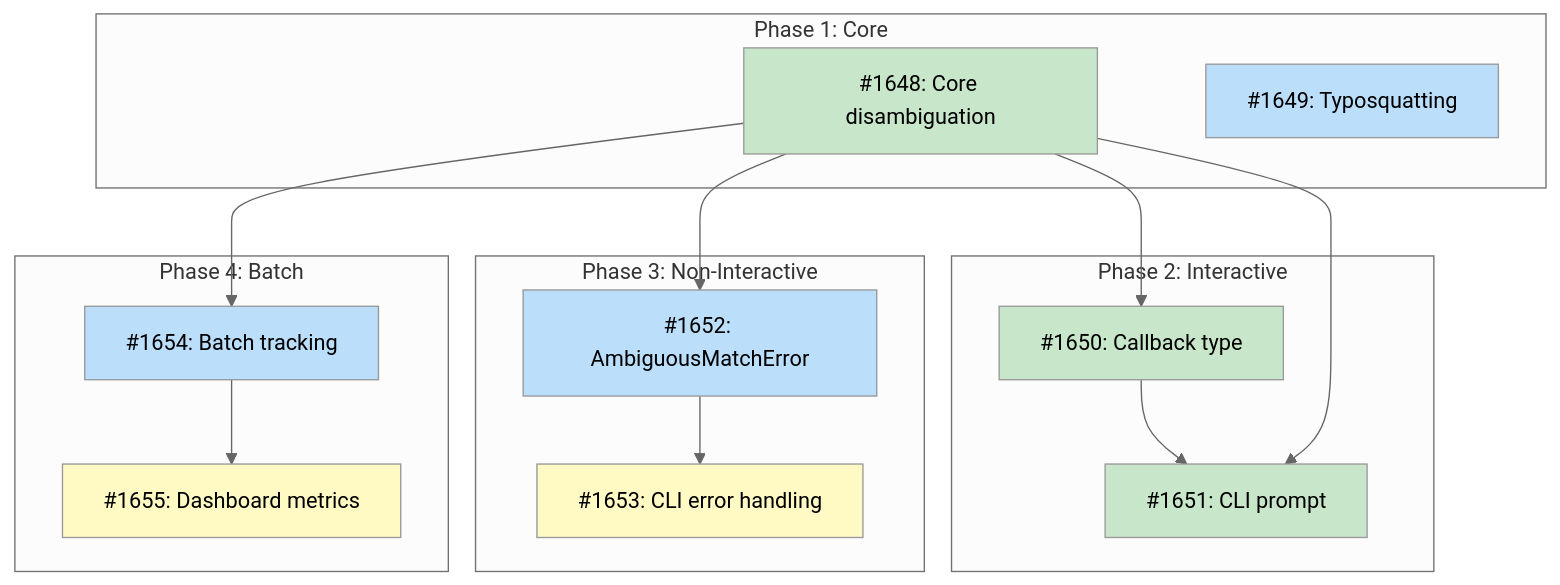
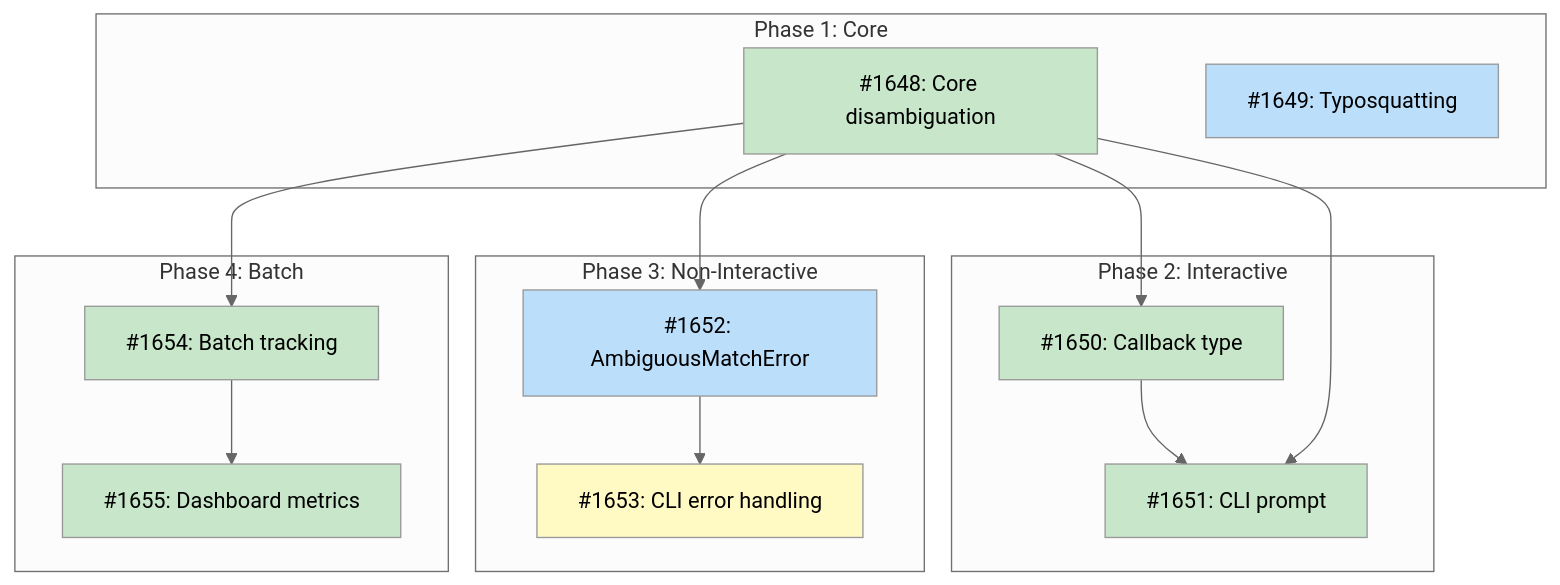
One commit to tsukumogami/tsuku changed the diagram in docs/designs/DESIGN-disambiguation.md. Above: the diagram before and after it, drawn with Mermaid (neutral theme). The commit also changed other lines of this file and 19 other files, not shown here.

````diff
--- a/docs/designs/DESIGN-disambiguation.md
+++ b/docs/designs/DESIGN-disambiguation.md
@@ -54,39 +54,39 @@
 ```mermaid
 graph TD
     subgraph Phase1["Phase 1: Core"]
         I1648["#1648: Core disambiguation"]
         I1649["#1649: Typosquatting"]
     end
 
     subgraph Phase2["Phase 2: Interactive"]
         I1650["#1650: Callback type"]
         I1651["#1651: CLI prompt"]
     end
 
     subgraph Phase3["Phase 3: Non-Interactive"]
         I1652["#1652: AmbiguousMatchError"]
         I1653["#1653: CLI error handling"]
     end
 
     subgraph Phase4["Phase 4: Batch"]
         I1654["#1654: Batch tracking"]
         I1655["#1655: Dashboard metrics"]
     end
 
     I1648 --> I1650
     I1650 --> I1651
     I1648 --> I1651
     I1648 --> I1652
     I1652 --> I1653
     I1648 --> I1654
     I1654 --> I1655
 
     classDef done fill:#c8e6c9
     classDef ready fill:#bbdefb
     classDef blocked fill:#fff9c4
     classDef needsDesign fill:#e1bee7
 
-    class I1648,I1650,I1651 done
-    class I1649,I1652,I1654 ready
-    class I1653,I1655 blocked
+    class I1648,I1650,I1651,I1654,I1655 done
+    class I1649,I1652 ready
+    class I1653 blocked
 ```
````
